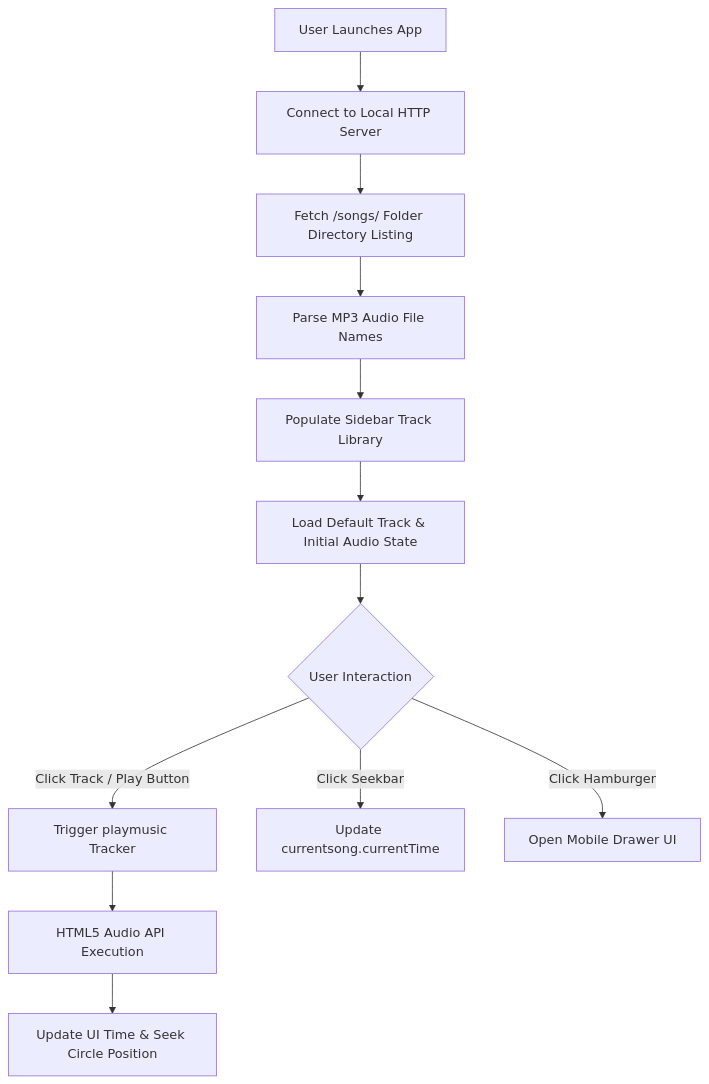
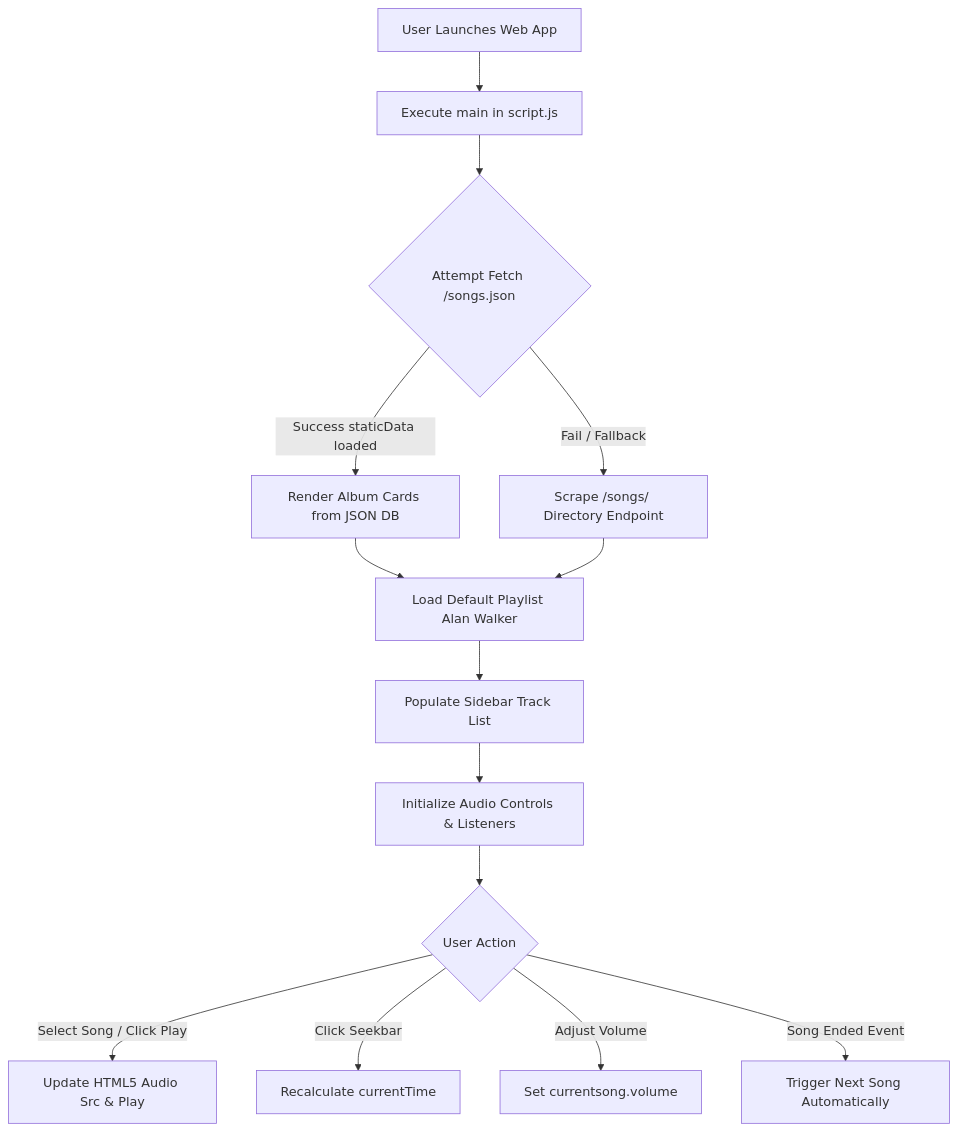
One commit to visheshio/Spotifyclone changed the diagram in README.md. Above: the diagram before and after it, drawn with Mermaid. The commit also changed other lines of this file, not shown here.

````diff
--- a/README.md
+++ b/README.md
@@ -82,16 +89,20 @@
 ```mermaid
 flowchart TD
-    A[User Launches App] --> B[Connect to Local HTTP Server]
-    B --> C[Fetch /songs/ Folder Directory Listing]
-    C --> D[Parse MP3 Audio File Names]
-    D --> E[Populate Sidebar Track Library]
-    E --> F[Load Default Track & Initial Audio State]
+    A[User Launches Web App] --> B[Execute main in script.js]
+    B --> C{Attempt Fetch /songs.json}
+
+    C -- Success staticData loaded --> D[Render Album Cards from JSON DB]
+    C -- Fail / Fallback --> E[Scrape /songs/ Directory Endpoint]
+
+    D --> F[Load Default Playlist Alan Walker]
+    E --> F
     
-    F --> G{User Interaction}
-    G -- Click Track / Play Button --> H[Trigger playmusic Tracker]
-    G -- Click Seekbar --> I[Update currentsong.currentTime]
-    G -- Click Hamburger --> J[Open Mobile Drawer UI]
+    F --> G[Populate Sidebar Track List]
+    G --> H[Initialize Audio Controls & Listeners]
     
-    H --> K[HTML5 Audio API Execution]
-    K --> L[Update UI Time & Seek Circle Position]
+    H --> I{User Action}
+    I -- Select Song / Click Play --> J[Update HTML5 Audio Src & Play]
+    I -- Click Seekbar --> K[Recalculate currentTime]
+    I -- Adjust Volume --> L[Set currentsong.volume]
+    I -- Song Ended Event --> M[Trigger Next Song Automatically]
 ```
````
